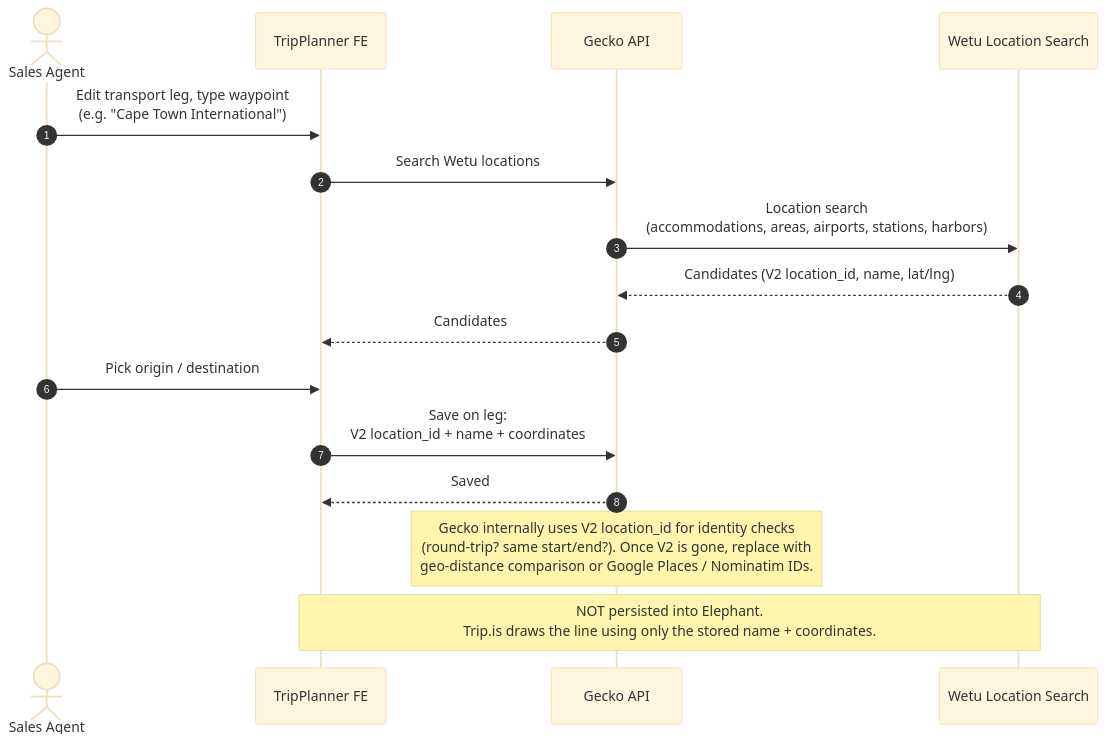
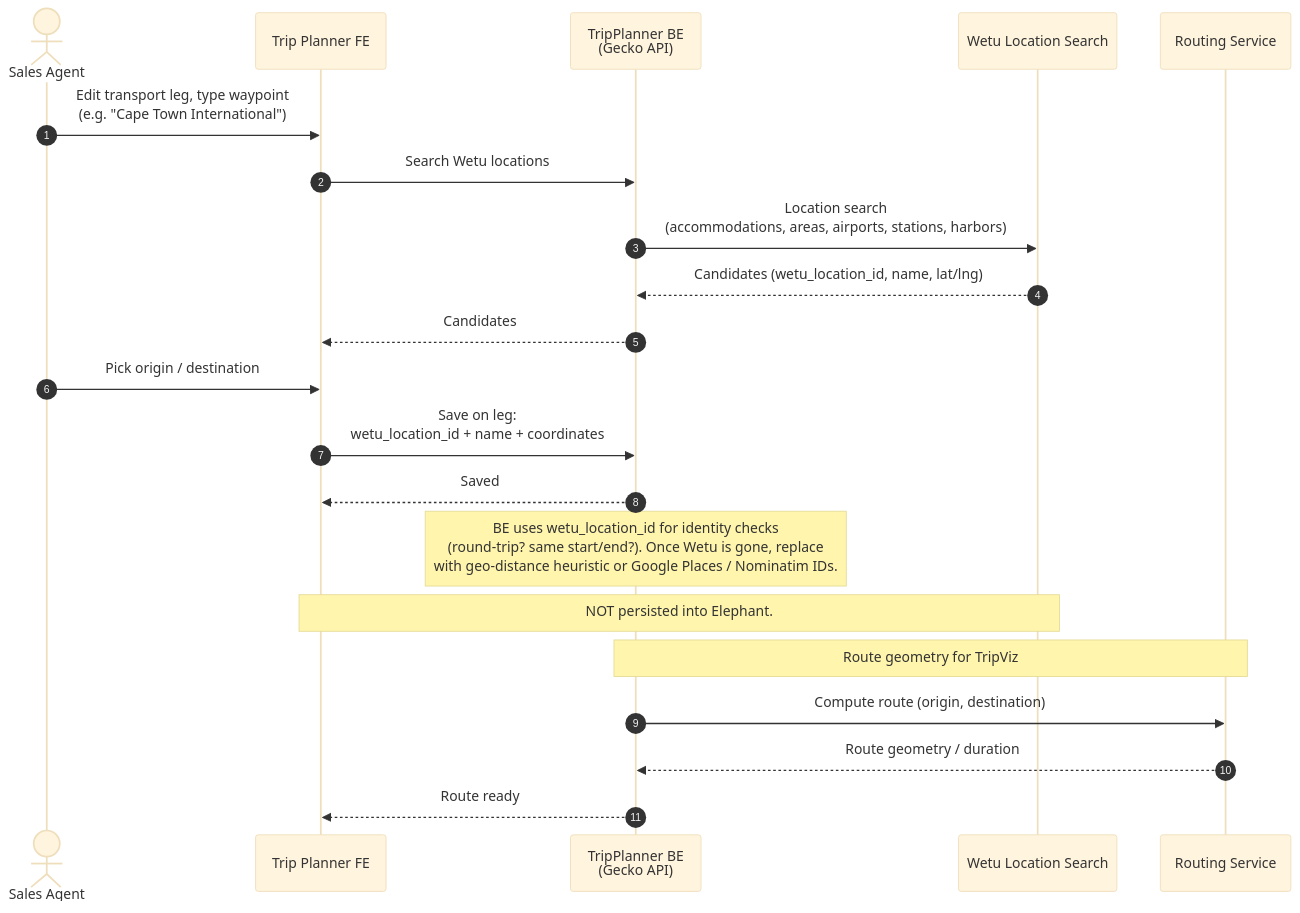
One commit to kliuchnikau-tourlane/ClaudeCowork changed the fourth of 4 diagrams in OUTPUTS/2026-04-24_TripPlannerWetu-sequence-diagrams/TripPlannerWetu_Documentation.md. Above: the diagram before and after it, drawn with Mermaid (base theme). The commit also changed other lines of this file, not shown here.

First line of the commit message:
Refine TripPlanner<>Wetu diagrams against Miro sketch

````diff
--- a/OUTPUTS/2026-04-24_TripPlannerWetu-sequence-diagrams/TripPlannerWetu_Documentation.md
+++ b/OUTPUTS/2026-04-24_TripPlannerWetu-sequence-diagrams/TripPlannerWetu_Documentation.md
@@ -181,22 +201,28 @@
 ```mermaid
 sequenceDiagram
     autonumber
     actor Agent as Sales Agent
-    participant TP as TripPlanner FE
-    participant Gecko as Gecko API
+    participant TP as Trip Planner FE
+    participant BE as TripPlanner BE<br/>(Gecko API)
     participant Wetu as Wetu Location Search
+    participant RS as Routing Service
 
     Agent->>TP: Edit transport leg, type waypoint<br/>(e.g. "Cape Town International")
-    TP->>Gecko: Search Wetu locations
-    Gecko->>Wetu: Location search<br/>(accommodations, areas, airports, stations, harbors)
-    Wetu-->>Gecko: Candidates (V2 location_id, name, lat/lng)
-    Gecko-->>TP: Candidates
+    TP->>BE: Search Wetu locations
+    BE->>Wetu: Location search<br/>(accommodations, areas, airports, stations, harbors)
+    Wetu-->>BE: Candidates (wetu_location_id, name, lat/lng)
+    BE-->>TP: Candidates
 
     Agent->>TP: Pick origin / destination
-    TP->>Gecko: Save on leg:<br/>V2 location_id + name + coordinates
-    Gecko-->>TP: Saved
+    TP->>BE: Save on leg:<br/>wetu_location_id + name + coordinates
+    BE-->>TP: Saved
 
-    Note over Gecko: Gecko internally uses V2 location_id for identity checks<br/>(round-trip? same start/end?). Once V2 is gone, replace with<br/>geo-distance comparison or Google Places / Nominatim IDs.
+    Note over BE: BE uses wetu_location_id for identity checks<br/>(round-trip? same start/end?). Once Wetu is gone, replace<br/>with geo-distance heuristic or Google Places / Nominatim IDs.
 
-    Note over TP,Wetu: NOT persisted into Elephant.<br/>Trip.is draws the line using only the stored name + coordinates.
+    Note over TP,Wetu: NOT persisted into Elephant.
+
+    Note over BE,RS: Route geometry for TripViz
+    BE->>RS: Compute route (origin, destination)
+    RS-->>BE: Route geometry / duration
+    BE-->>TP: Route ready
 ```
````
